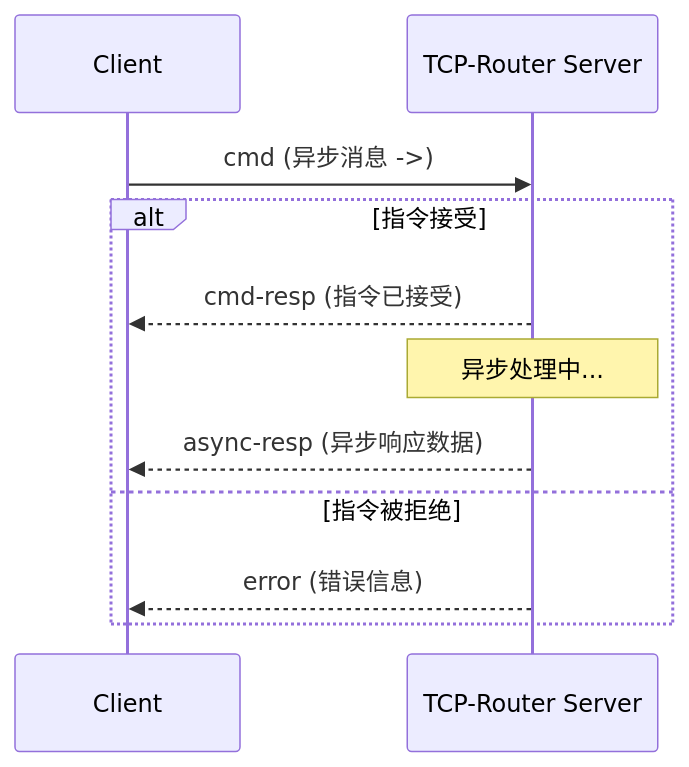
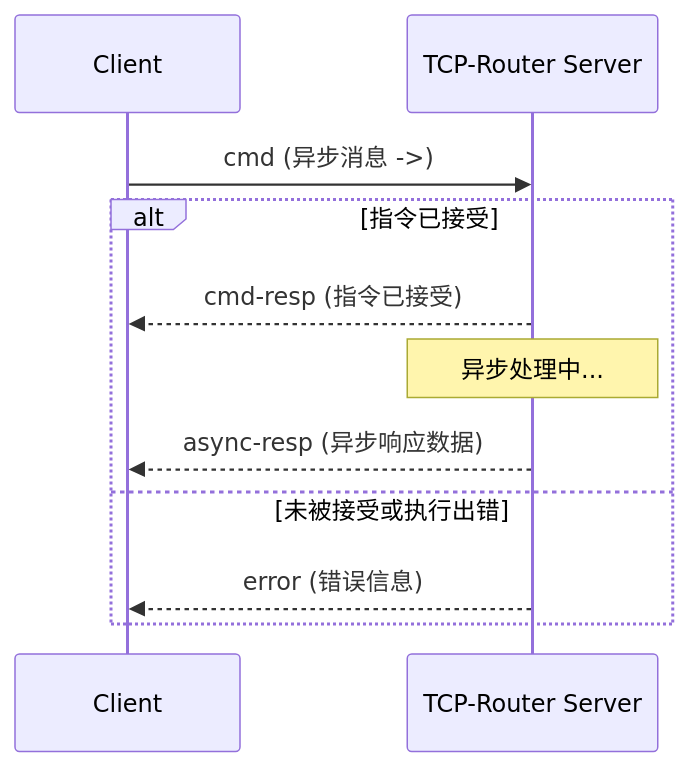
The second of 4 diagrams in .doc/Protocol.v0.(zh-cn).md (NEVSTOP-LAB/CSM-TCP-Router-App), drawn with Mermaid before and after one commit. The commit also changed other lines of this file, not shown here.

Commit message:
统一 error 包描述，修正异步无返回流程文字与图表一致性

````diff
--- a/.doc/Protocol.v0.(zh-cn).md
+++ b/.doc/Protocol.v0.(zh-cn).md
@@ -149,14 +149,14 @@
 ```mermaid
 sequenceDiagram
     participant C as Client
     participant S as TCP-Router Server
 
     C->>S: cmd (异步消息 ->)
-    alt 指令接受
+    alt 指令已接受
         S-->>C: cmd-resp (指令已接受)
         Note over S: 异步处理中...
         S-->>C: async-resp (异步响应数据)
-    else 指令被拒绝
+    else 未被接受或执行出错
         S-->>C: error (错误信息)
     end
 ```
````
